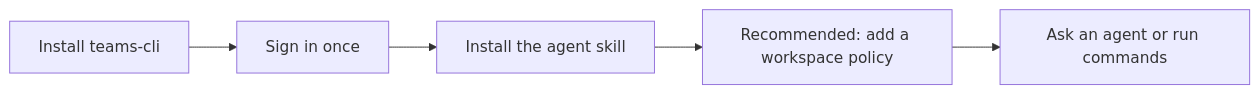
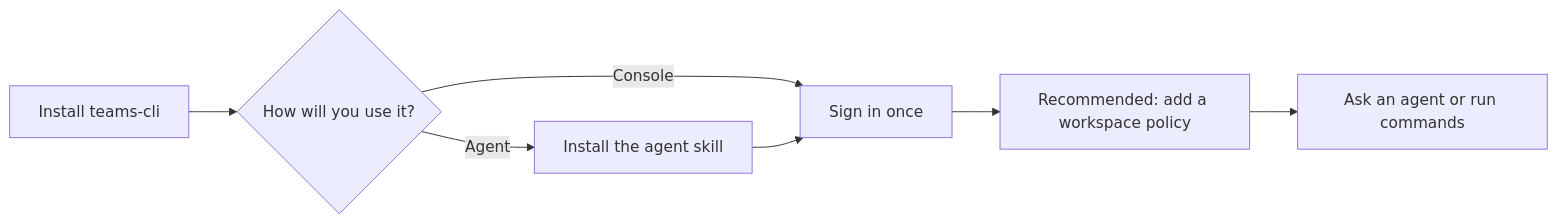
Before and after one commit to michaelschnyder/teams-cli: the diagram in README.md, drawn with Mermaid. The commit also changed other lines of this file and 17 other files, not shown here.

````diff
--- a/README.md
+++ b/README.md
@@ -71,7 +77,9 @@
 ```mermaid
 flowchart LR
-    install[Install teams-cli] --> login[Sign in once]
-    login --> skill[Install the agent skill]
-    skill --> policy[Recommended: add a workspace policy]
+    install[Install teams-cli] --> route{How will you use it?}
+    route -->|Agent| skill[Install the agent skill]
+    route -->|Console| login[Sign in once]
+    skill --> login
+    login --> policy[Recommended: add a workspace policy]
     policy --> use[Ask an agent or run commands]
 ```
````
